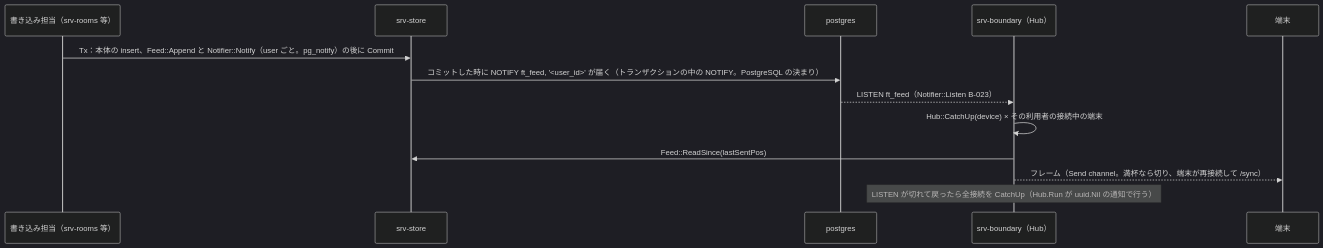
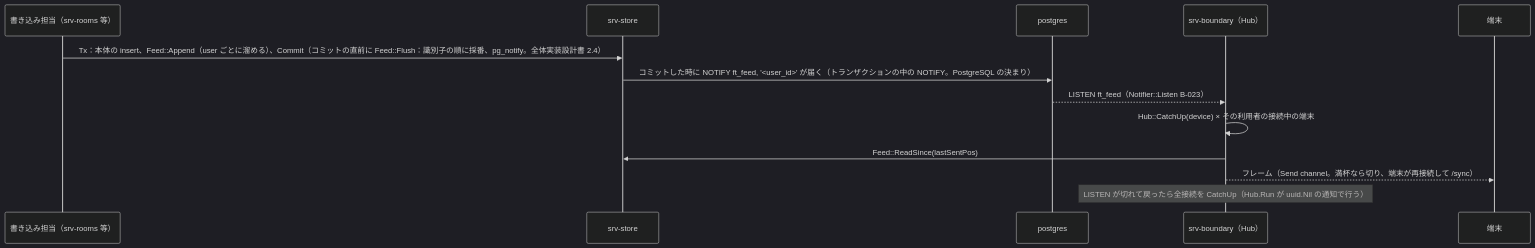
The second of 5 diagrams in dev/docs/jp/シーケンス/09_同期と再接続.md (nrsd-ishikawasou/family-talk-pwa), drawn with Mermaid (dark theme) before and after one commit. The commit also changed other lines of this file and 165 other files, not shown here.

````diff
--- a/dev/docs/jp/シーケンス/09_同期と再接続.md
+++ b/dev/docs/jp/シーケンス/09_同期と再接続.md
@@ -56,15 +56,15 @@
 ```mermaid
 sequenceDiagram
   participant RM as 書き込み担当（srv-rooms 等）
   participant ST as srv-store
   participant PG as postgres
   participant BD as srv-boundary（Hub）
   participant WC as 端末
-  RM->>ST: Tx：本体の insert、Feed::Append と Notifier::Notify（user ごと。pg_notify）の後に Commit
+  RM->>ST: Tx：本体の insert、Feed::Append（user ごとに溜める）、Commit（コミットの直前に Feed::Flush：識別子の順に採番、pg_notify。全体実装設計書 2.4）
   ST->>PG: コミットした時に NOTIFY ft_feed, '<user_id>' が届く（トランザクションの中の NOTIFY。PostgreSQL の決まり）
   PG-->>BD: LISTEN ft_feed（Notifier::Listen B-023）
   BD->>BD: Hub::CatchUp(device) × その利用者の接続中の端末
   BD->>ST: Feed::ReadSince(lastSentPos)
   BD-->>WC: フレーム（Send channel。満杯なら切り、端末が再接続して /sync）
   Note over BD: LISTEN が切れて戻ったら全接続を CatchUp（Hub.Run が uuid.Nil の通知で行う）
 ```
````
